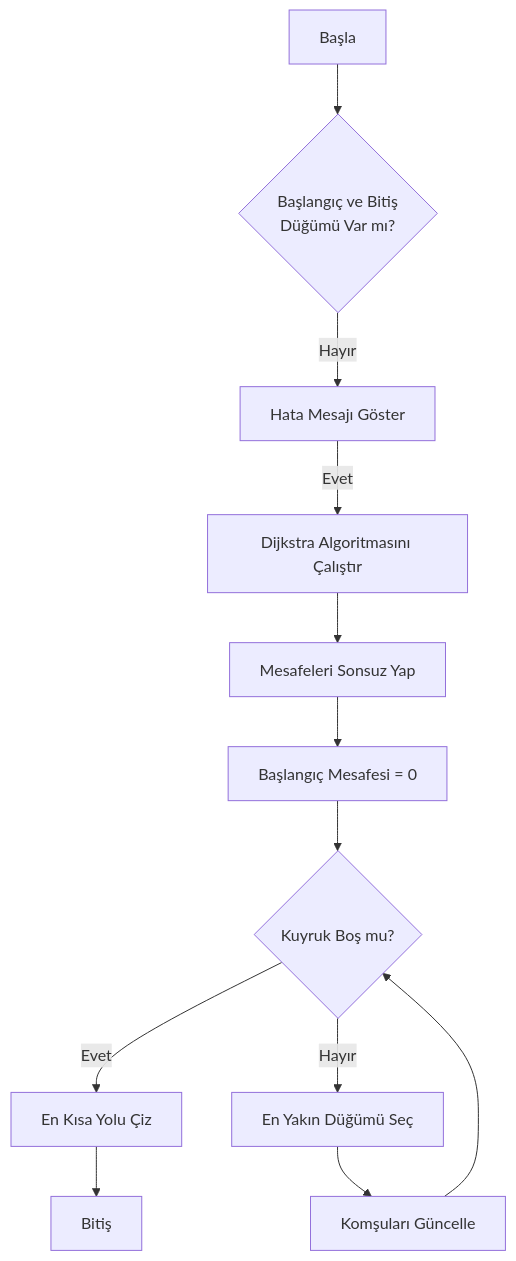
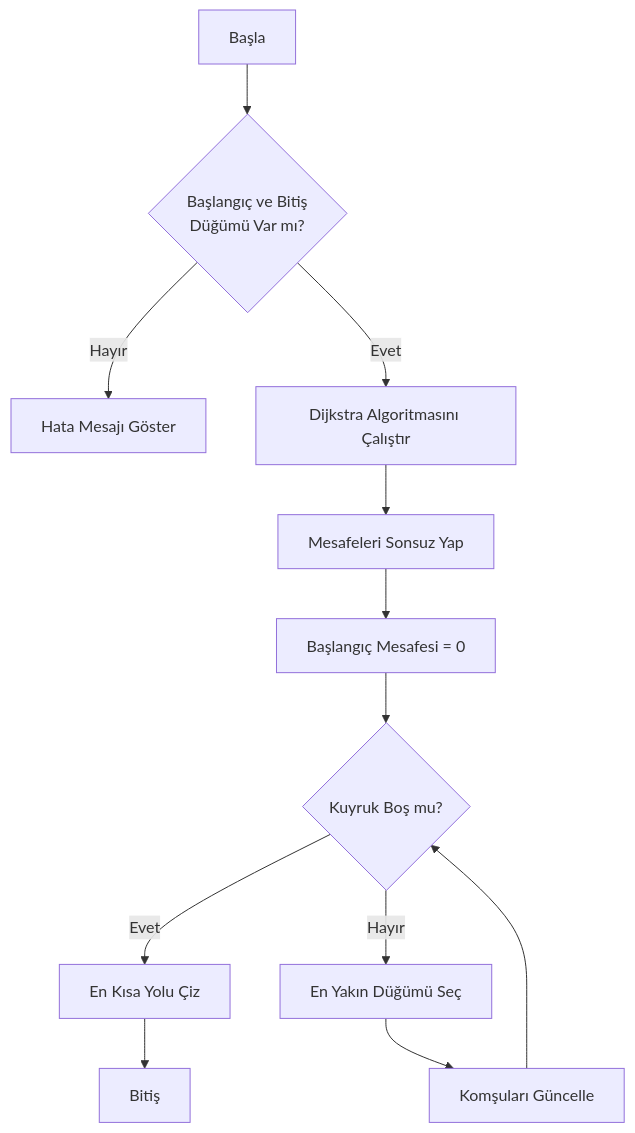
The second of 2 diagrams in README.md (Durancan11/SocialNetworkAnalysis), drawn with Mermaid before and after one commit. The commit also changed other lines of this file and 3 other files, not shown here.

````diff
--- a/README.md
+++ b/README.md
@@ -71,14 +72,14 @@
 ```mermaid
 flowchart TD
     A[Başla] --> B{Başlangıç ve Bitiş\nDüğümü Var mı?}
     B -- Hayır --> C[Hata Mesajı Göster]
-    C -- Evet --> D[Dijkstra Algoritmasını Çalıştır]
+    B -- Evet --> D[Dijkstra Algoritmasını Çalıştır]
     D --> E[Mesafeleri Sonsuz Yap]
     E --> F[Başlangıç Mesafesi = 0]
     F --> G{Kuyruk Boş mu?}
     G -- Evet --> H[En Kısa Yolu Çiz]
     G -- Hayır --> I[En Yakın Düğümü Seç]
     I --> J[Komşuları Güncelle]
     J --> G
     H --> K[Bitiş]
 ```
````
